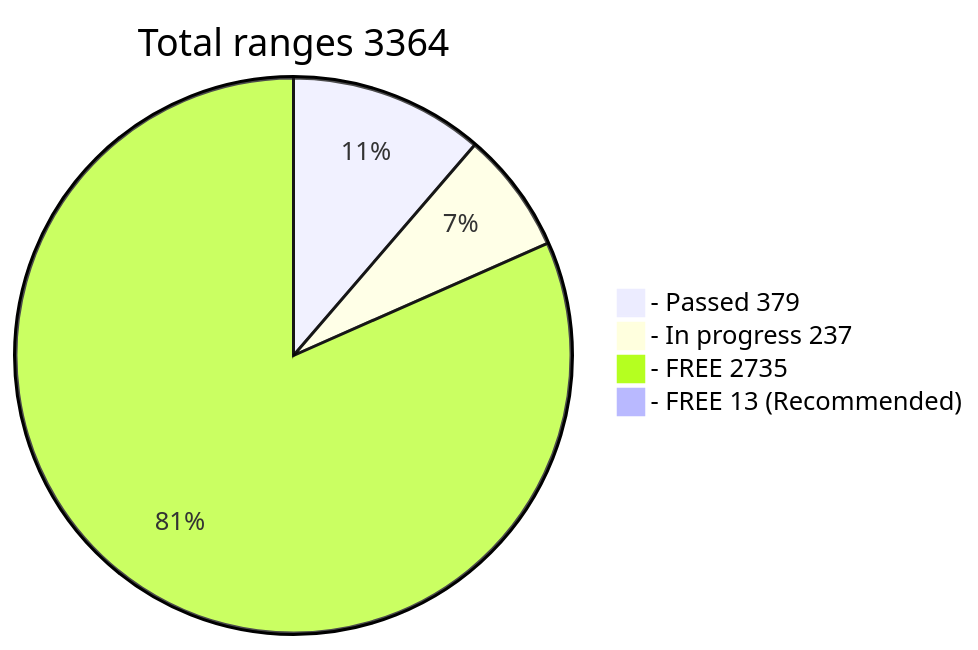
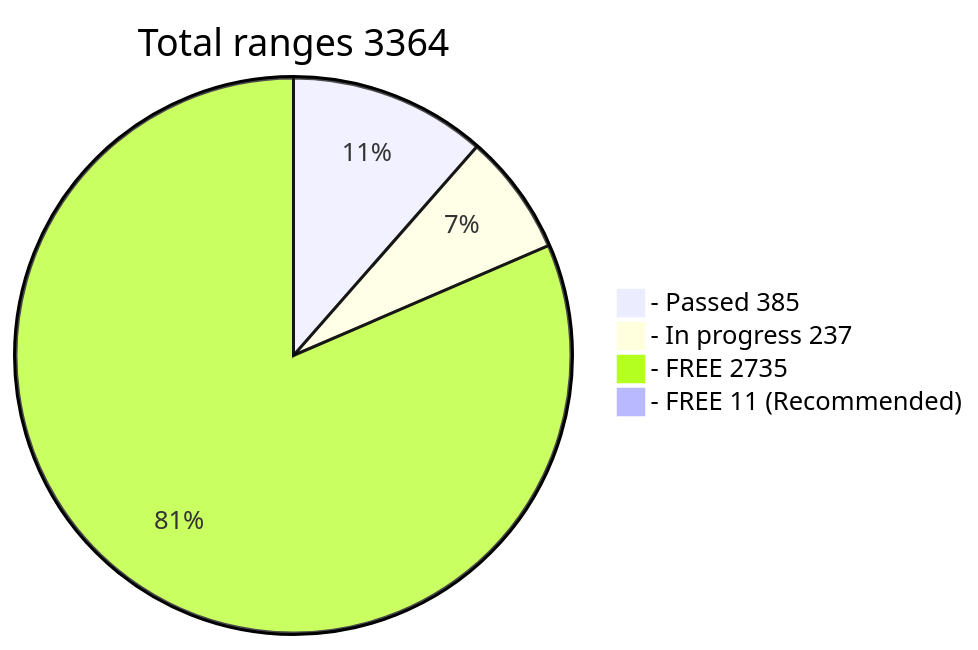
Before and after one commit to phrutis/wif500: the diagram in README.md, drawn with Mermaid.

````diff
--- a/README.md
+++ b/README.md
@@ -16,7 +16,7 @@
 ```mermaid
 pie title Total ranges 3364
-  "- Passed 379" : 379
+  "- Passed 385" : 385
   "- In progress 237" : 237
   "- FREE 2735" : 2735
-  "- FREE 13 (Recommended)" : 13
+  "- FREE 11 (Recommended)" : 11
 ```
````
